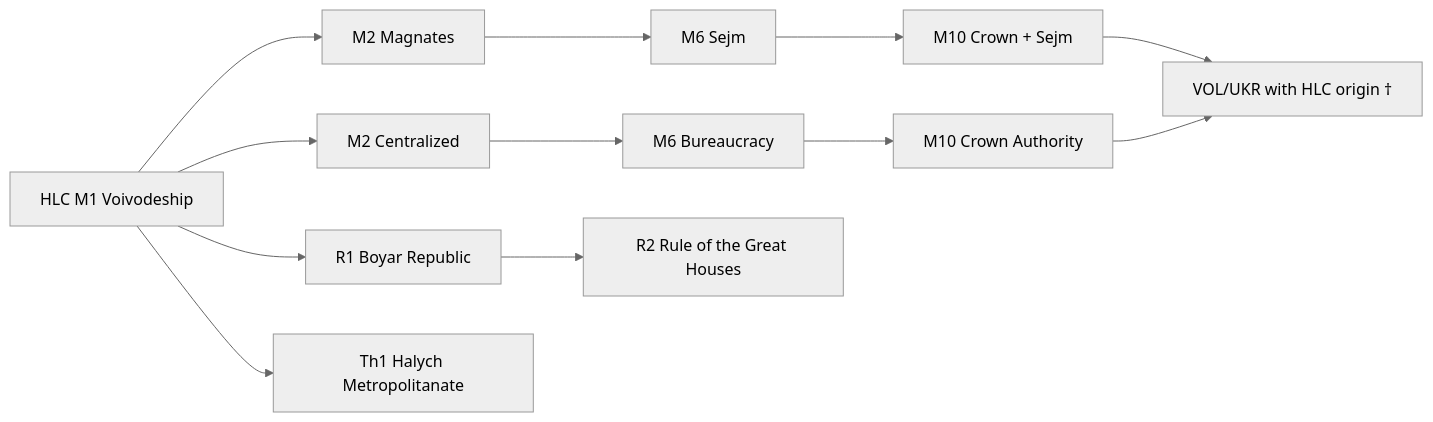
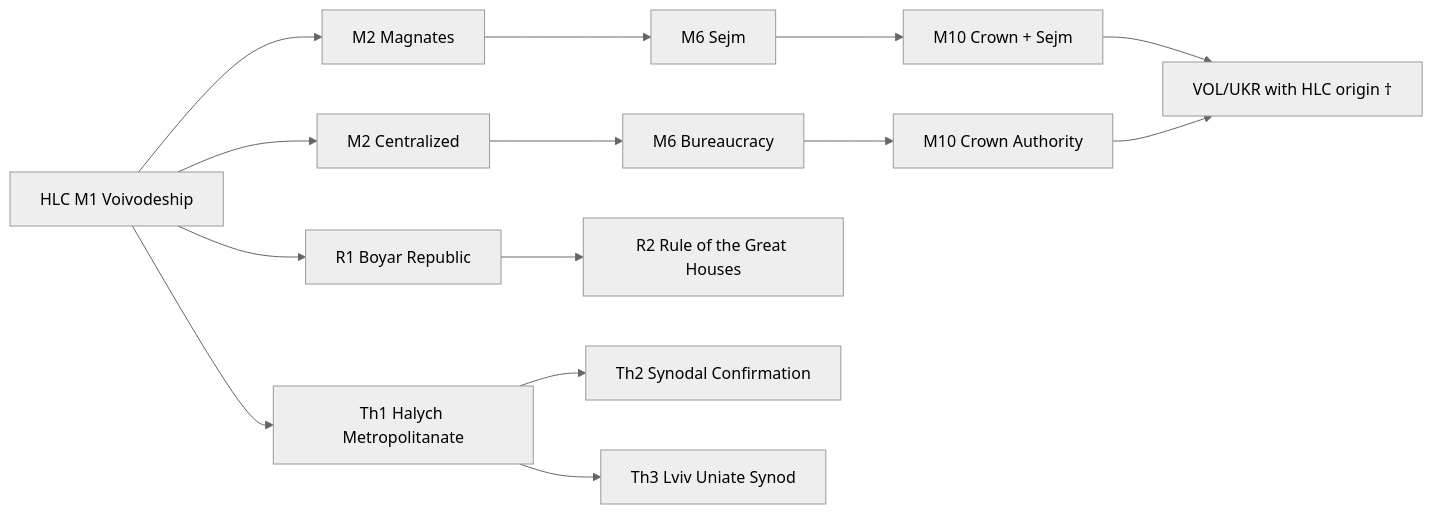
The sixth of 10 diagrams in docs/GOVERNMENT_REFORMS_MAP.uk.md (Yamtom/RIP), drawn with Mermaid (neutral theme) before and after one commit. The commit also changed other lines of this file and 18 other files, not shown here.

````diff
--- a/docs/GOVERNMENT_REFORMS_MAP.uk.md
+++ b/docs/GOVERNMENT_REFORMS_MAP.uk.md
@@ -238,9 +238,11 @@
 ```mermaid
 flowchart LR
   H["HLC M1 Voivodeship"] --> P2["M2 Magnates"] --> P6["M6 Sejm"] --> P10["M10 Crown + Sejm"]
   H --> A2["M2 Centralized"] --> A6["M6 Bureaucracy"] --> A10["M10 Crown Authority"]
   P10 --> V["VOL/UKR with HLC origin †"]
   A10 --> V
   H --> R1["R1 Boyar Republic"] --> R2["R2 Rule of the Great Houses"]
   H --> Th1["Th1 Halych Metropolitanate"]
+  Th1 --> Th2["Th2 Synodal Confirmation"]
+  Th1 --> Th3["Th3 Lviv Uniate Synod"]
 ```
````
